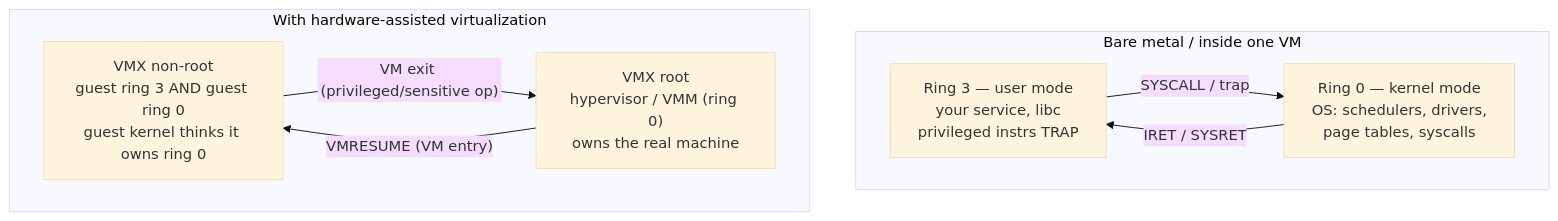
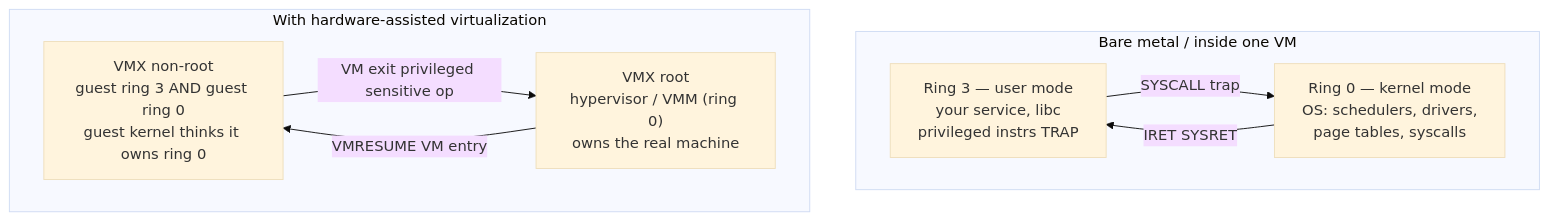
The first of 7 diagrams in vol-01-computer-architecture/ch10-hardware-virtualization.md (bumbsclaw/textbooks), drawn with Mermaid (base theme) before and after one commit. The commit also changed other lines of this file and 173 other files, not shown here.

First line of the commit message:
fix(mermaid): close note brackets, semicolons in Notes, stateDiagram br -> dash, edge parens

````diff
--- a/vol-01-computer-architecture/ch10-hardware-virtualization.md
+++ b/vol-01-computer-architecture/ch10-hardware-virtualization.md
@@ -84,15 +84,15 @@
 ```mermaid
 flowchart TB
     subgraph host["Bare metal / inside one VM"]
         R3["Ring 3 — user mode<br/>your service, libc<br/>privileged instrs TRAP"]
         R0["Ring 0 — kernel mode<br/>OS: schedulers, drivers,<br/>page tables, syscalls"]
-        R3 -->|"SYSCALL / trap"| R0
-        R0 -->|"IRET / SYSRET"| R3
+        R3 -->|"SYSCALL trap"| R0
+        R0 -->|"IRET SYSRET"| R3
     end
     subgraph virt["With hardware-assisted virtualization"]
         NONROOT["VMX non-root<br/>guest ring 3 AND guest ring 0<br/>guest kernel thinks it owns ring 0"]
         ROOT["VMX root<br/>hypervisor / VMM (ring 0)<br/>owns the real machine"]
-        NONROOT -->|"VM exit (privileged/sensitive op)"| ROOT
-        ROOT -->|"VMRESUME (VM entry)"| NONROOT
+        NONROOT -->|"VM exit privileged sensitive op "| ROOT
+        ROOT -->|"VMRESUME VM entry "| NONROOT
     end
 ```
````
